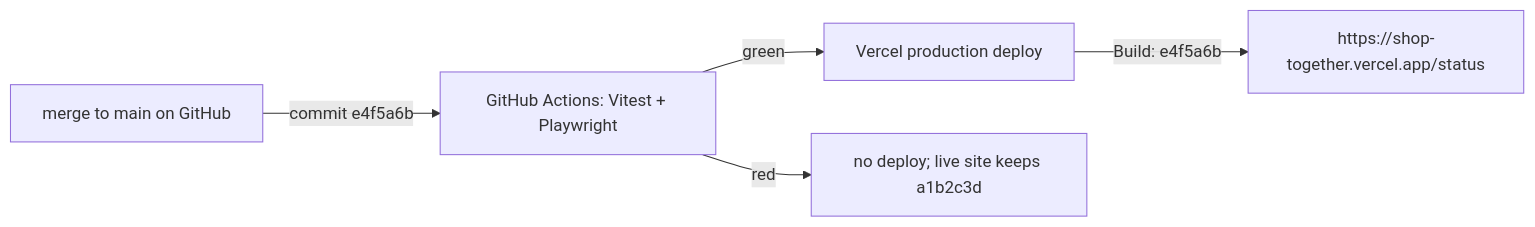
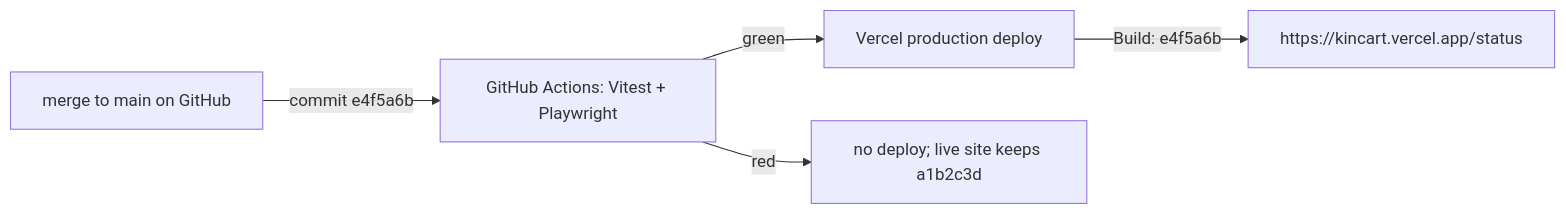
The second of 6 diagrams in docs/specs/skeleton.md (dzaffren/kincart), drawn with Mermaid before and after one commit. The commit also changed other lines of this file, not shown here.

Commit message:
docs(spec): use the kincart name in example URLs

````diff
--- a/docs/specs/skeleton.md
+++ b/docs/specs/skeleton.md
@@ -56,7 +56,7 @@
 ```mermaid
 flowchart LR
     G[merge to main on GitHub] -- "commit e4f5a6b" --> CI[GitHub Actions: Vitest + Playwright]
     CI -- "green" --> VD[Vercel production deploy]
     CI -- "red" --> X[no deploy; live site keeps a1b2c3d]
-    VD -- "Build: e4f5a6b" --> L["https://shop-together.vercel.app/status"]
+    VD -- "Build: e4f5a6b" --> L["https://kincart.vercel.app/status"]
 ```
````
